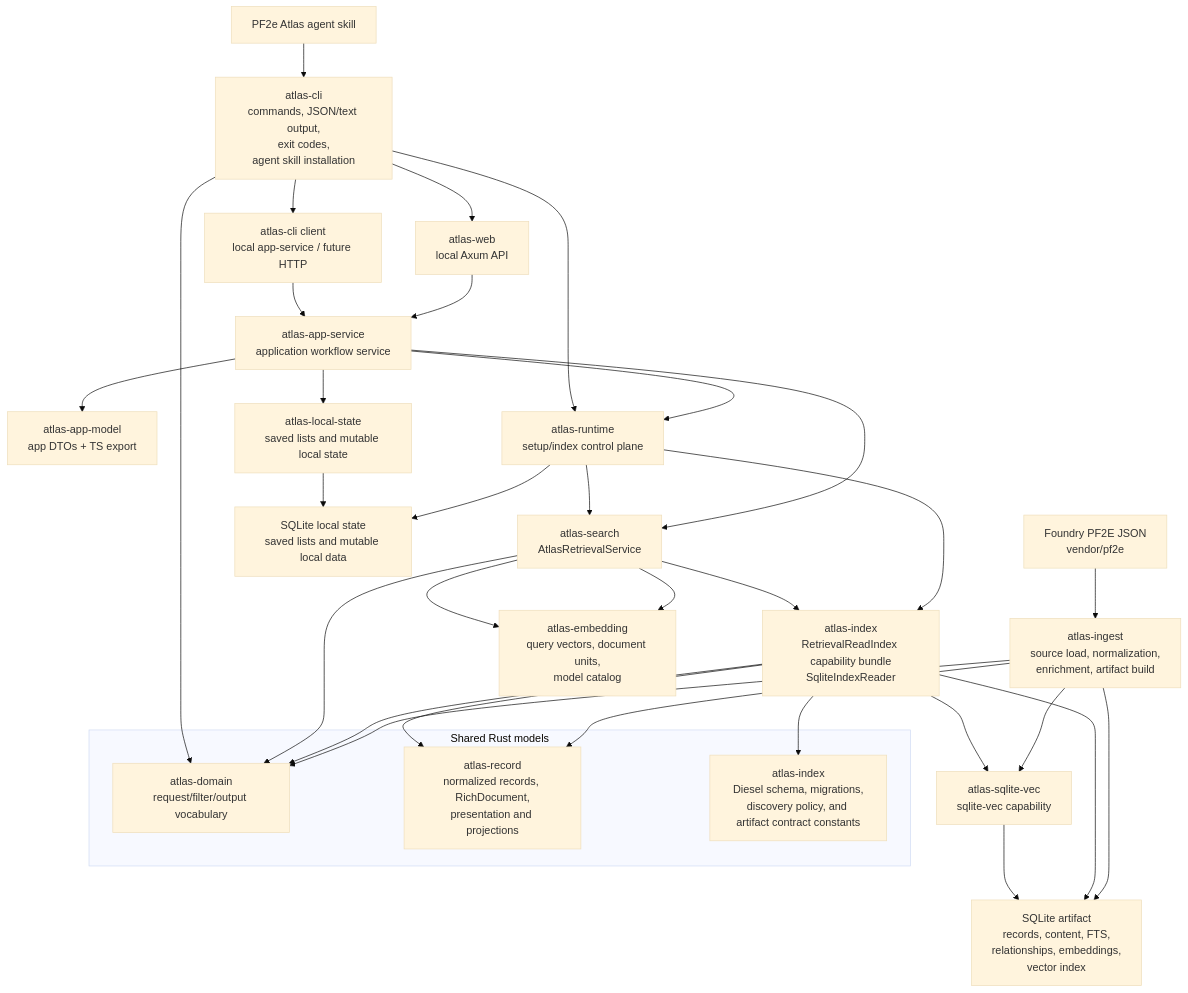
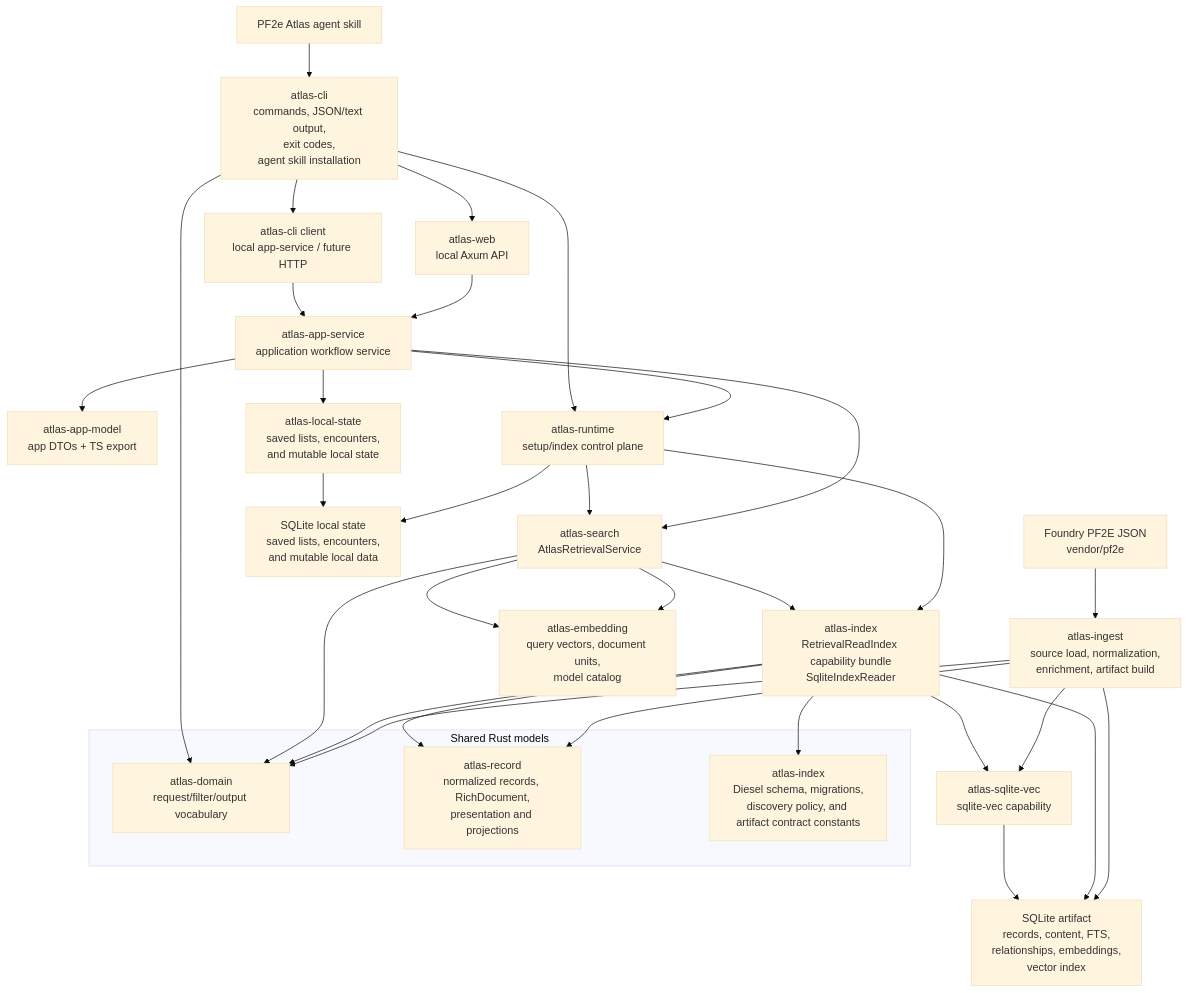
The first of 4 diagrams in docs/architecture/runtime.md (e-kosten/pf2e-atlas), drawn with Mermaid (base theme) before and after one commit. The commit also changed other lines of this file and 65 other files, not shown here.

````diff
--- a/docs/architecture/runtime.md
+++ b/docs/architecture/runtime.md
@@ -9,43 +9,43 @@
 ```mermaid
 flowchart TD
     source["Foundry PF2E JSON<br/>vendor/pf2e"] --> ingest["atlas-ingest<br/>source load, normalization,<br/>enrichment, artifact build"]
     ingest --> artifact["SQLite artifact<br/>records, content, FTS,<br/>relationships, embeddings,<br/>vector index"]
-    localStateDb["SQLite local state<br/>saved lists and mutable local data"]
+    localStateDb["SQLite local state<br/>saved lists, encounters,<br/>and mutable local data"]
 
     skill["PF2e Atlas agent skill"] --> cli["atlas-cli<br/>commands, JSON/text output,<br/>exit codes,<br/>agent skill installation"]
     cli --> web["atlas-web<br/>local Axum API"]
     web --> appService["atlas-app-service<br/>application workflow service"]
     appService --> appModel["atlas-app-model<br/>app DTOs + TS export"]
     appService --> runtime
     appService --> search
-    appService --> localState["atlas-local-state<br/>saved lists and mutable local state"]
+    appService --> localState["atlas-local-state<br/>saved lists, encounters,<br/>and mutable local state"]
     cli --> cliClient["atlas-cli client<br/>local app-service / future HTTP"]
     cliClient --> appService
     cli --> runtime["atlas-runtime<br/>setup/index control plane"]
     runtime --> search["atlas-search<br/>AtlasRetrievalService"]
     runtime --> index["atlas-index<br/>RetrievalReadIndex capability bundle<br/>SqliteIndexReader"]
     runtime --> localStateDb
     localState --> localStateDb
 
     search --> index
     search --> embedding["atlas-embedding<br/>query vectors, document units,<br/>model catalog"]
     index --> artifact
     ingest --> sqliteVec["atlas-sqlite-vec<br/>sqlite-vec capability"]
     index --> sqliteVec
     sqliteVec --> artifact
 
     subgraph SharedRustModels["Shared Rust models"]
       domain["atlas-domain<br/>request/filter/output vocabulary"]
       record["atlas-record<br/>normalized records, RichDocument,<br/>presentation and projections"]
       artifactSchema["atlas-index<br/>Diesel schema, migrations,<br/>discovery policy, and artifact contract constants"]
     end
 
     ingest --> domain
     ingest --> record
     index --> domain
     index --> record
     index --> artifactSchema
     search --> domain
     search --> embedding
     cli --> domain
 ```
````
